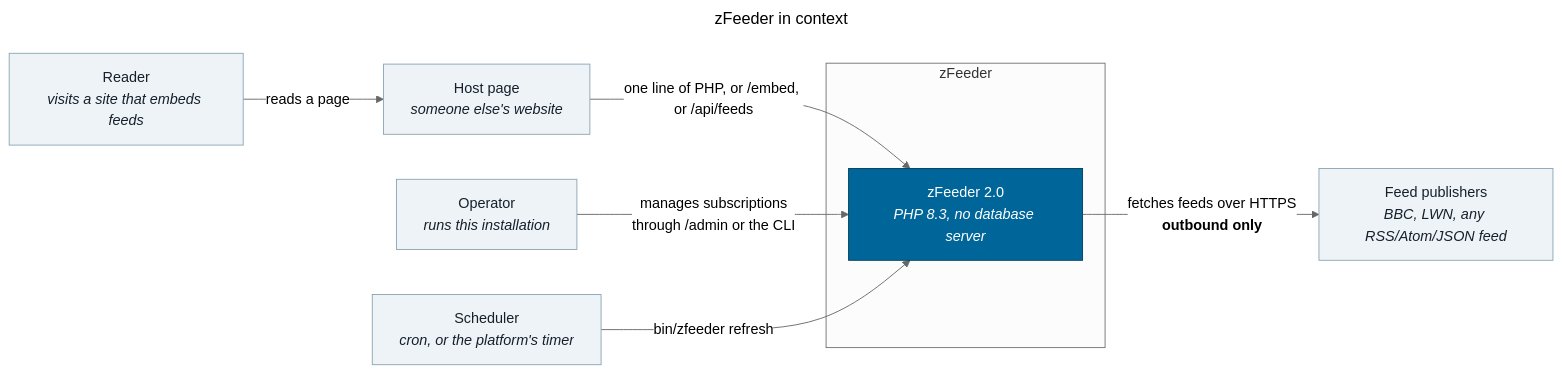
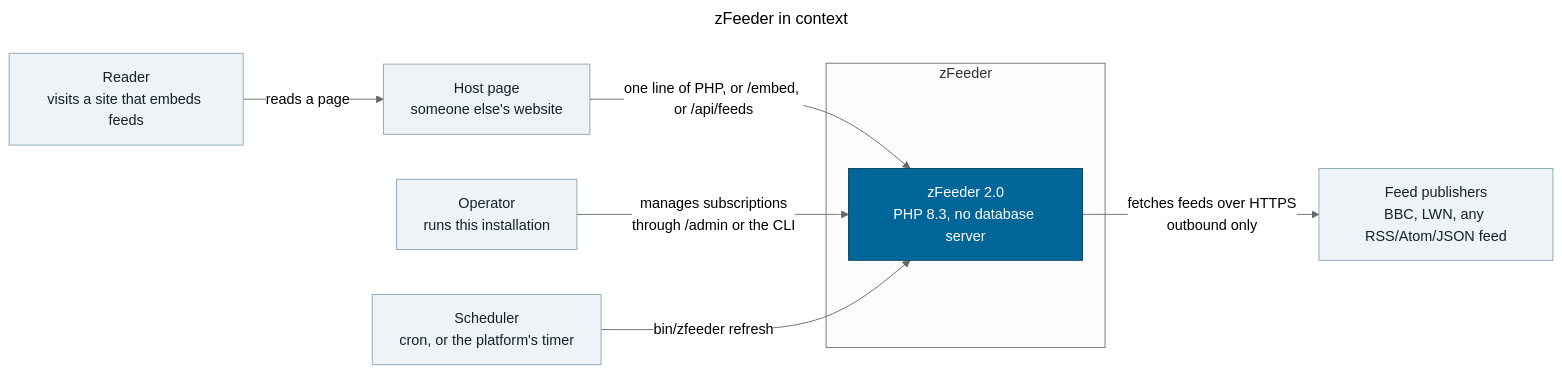
One commit to andreibesleaga/zfeeder changed the diagram in docs/diagrams/01-context.mmd. Above: the diagram before and after it, drawn with Mermaid (neutral theme). The commit also changed 22 other files, not shown here.

```diff
--- a/docs/diagrams/01-context.mmd
+++ b/docs/diagrams/01-context.mmd
@@ -1,25 +1,25 @@
 ---
 title: "zFeeder in context"
 ---
 flowchart LR
-    reader["Reader<br/><i>visits a site that embeds feeds</i>"]
-    operator["Operator<br/><i>runs this installation</i>"]
-    host["Host page<br/><i>someone else's website</i>"]
+    reader["Reader<br/>visits a site that embeds feeds"]
+    operator["Operator<br/>runs this installation"]
+    host["Host page<br/>someone else's website"]
 
     subgraph zf["zFeeder"]
-        app["zFeeder 2.0<br/><i>PHP 8.3, no database server</i>"]
+        app["zFeeder 2.0<br/>PHP 8.3, no database server"]
     end
 
-    publisher["Feed publishers<br/><i>BBC, LWN, any RSS/Atom/JSON feed</i>"]
-    cron["Scheduler<br/><i>cron, or the platform's timer</i>"]
+    publisher["Feed publishers<br/>BBC, LWN, any RSS/Atom/JSON feed"]
+    cron["Scheduler<br/>cron, or the platform's timer"]
 
     reader -->|"reads a page"| host
     host -->|"one line of PHP, or /embed, or /api/feeds"| app
     operator -->|"manages subscriptions<br/>through /admin or the CLI"| app
-    app -->|"fetches feeds over HTTPS<br/><b>outbound only</b>"| publisher
+    app -->|"fetches feeds over HTTPS<br/>outbound only"| publisher
     cron -->|"bin/zfeeder refresh"| app
 
     classDef sys fill:#006699,stroke:#003d5c,color:#fff
     classDef ext fill:#eef3f7,stroke:#8aa4b5,color:#16202a
     class app sys
     class reader,operator,host,publisher,cron ext
```
